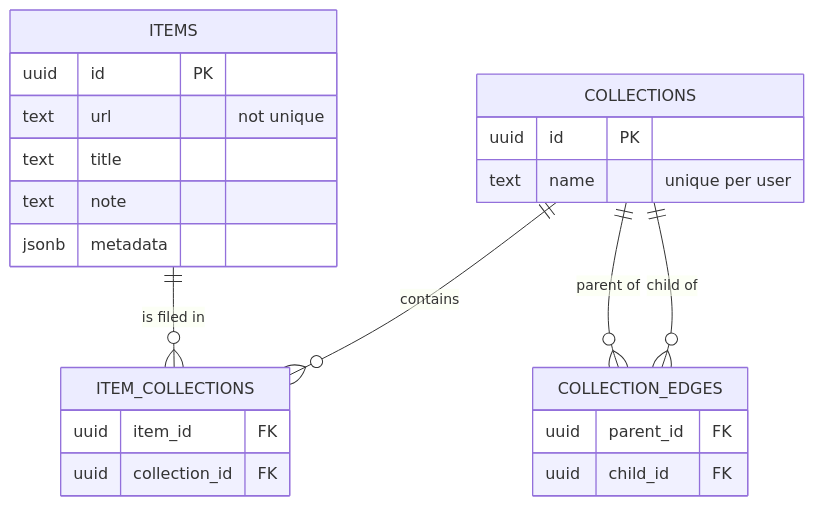
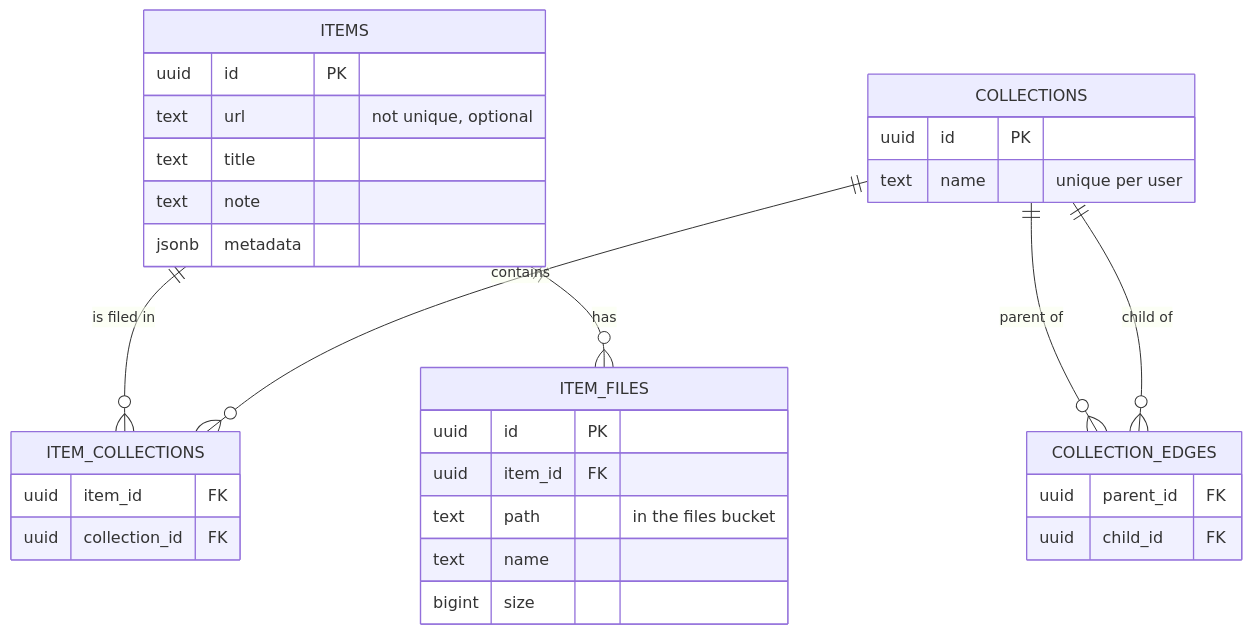
The second of 2 diagrams in docs/architecture.md (giozuki/Nodoteca), drawn with Mermaid before and after one commit. The commit also changed other lines of this file and 5 other files, not shown here.

Commit message:
Docs: personal web library, files in architecture and roadmap

````diff
--- a/docs/architecture.md
+++ b/docs/architecture.md
@@ -29,27 +29,35 @@
 ```mermaid
 erDiagram
   ITEMS ||--o{ ITEM_COLLECTIONS : "is filed in"
+  ITEMS ||--o{ ITEM_FILES : "has"
   COLLECTIONS ||--o{ ITEM_COLLECTIONS : "contains"
   COLLECTIONS ||--o{ COLLECTION_EDGES : "parent of"
   COLLECTIONS ||--o{ COLLECTION_EDGES : "child of"
 
   ITEMS {
     uuid id PK
-    text url "not unique"
+    text url "not unique, optional"
     text title
     text note
     jsonb metadata
   }
   COLLECTIONS {
     uuid id PK
     text name "unique per user"
+  }
+  ITEM_FILES {
+    uuid id PK
+    uuid item_id FK
+    text path "in the files bucket"
+    text name
+    bigint size
   }
   ITEM_COLLECTIONS {
     uuid item_id FK
     uuid collection_id FK
   }
   COLLECTION_EDGES {
     uuid parent_id FK
     uuid child_id FK
   }
 ```
````
